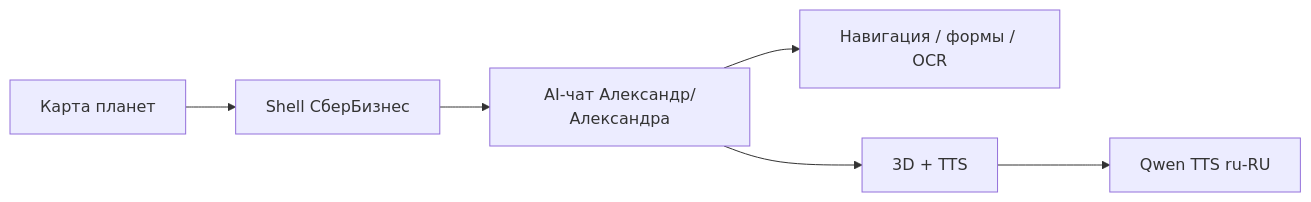
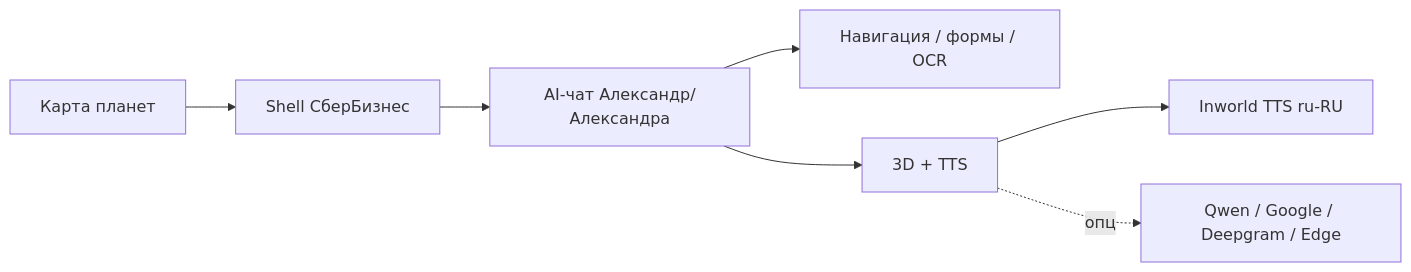
The diagram in docs/README.md (grrraaaa/mvp), drawn with Mermaid before and after one commit. The commit also changed other lines of this file and 7 other files, not shown here.

````diff
--- a/docs/README.md
+++ b/docs/README.md
@@ -34,8 +34,9 @@
 ```mermaid
 flowchart LR
     A[Shell СберБизнес] --> B[AI-чат Александр/Александра]
     B --> C[Навигация / формы / OCR]
     B --> D[3D + TTS]
     E[Карта планет] --> A
-    D --> F[Qwen TTS ru-RU]
+    D --> F[Inworld TTS ru-RU]
+    D -.опц.-> G[Qwen / Google / Deepgram / Edge]
 ```
````
